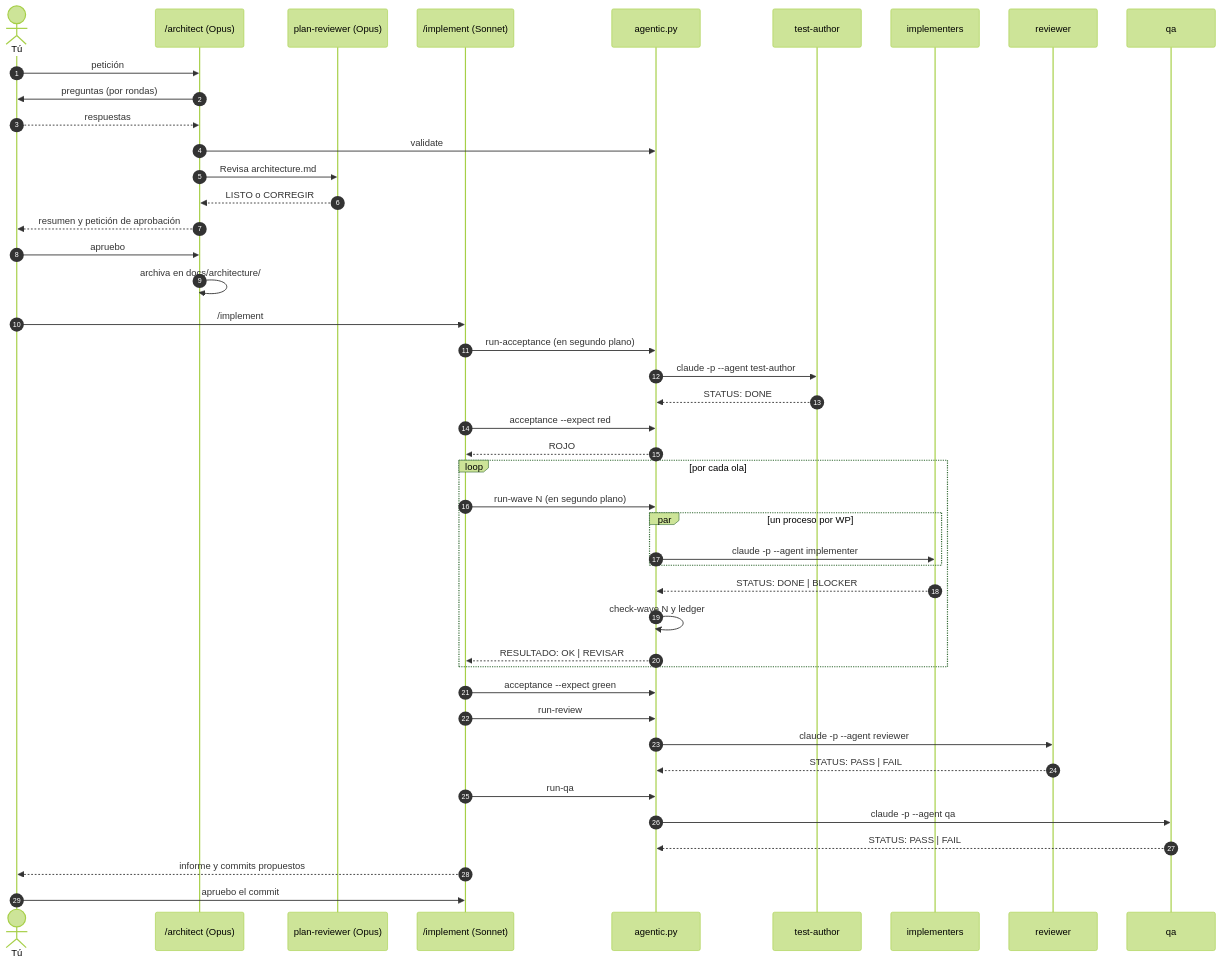
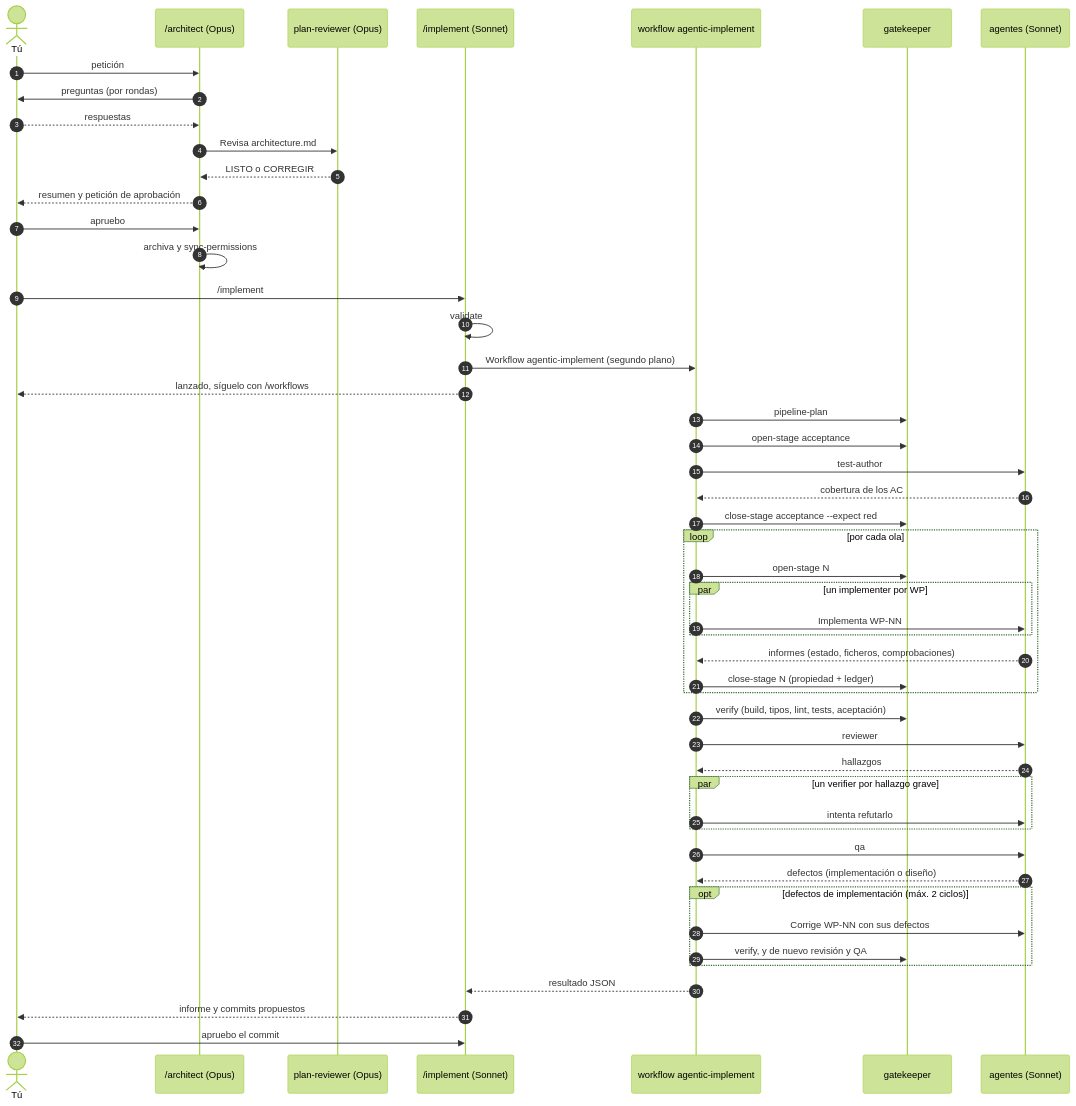
The second of 5 diagrams in docs/how-it-works.md (jagosar/agentic-flow), drawn with Mermaid (forest theme) before and after one commit. The commit also changed other lines of this file and 19 other files, not shown here.

First line of the commit message:
Native workflow /implement; mode A kept as fallback; mode B removed

````diff
--- a/docs/how-it-works.md
+++ b/docs/how-it-works.md
@@ -69,48 +69,53 @@
 ```mermaid
 sequenceDiagram
     autonumber
     actor U as Tú
     participant AR as /architect (Opus)
     participant PR as plan-reviewer (Opus)
     participant O as /implement (Sonnet)
-    participant S as agentic.py
-    participant AT as test-author
-    participant WP as implementers
-    participant RV as reviewer
-    participant QA as qa
+    participant W as workflow agentic-implement
+    participant G as gatekeeper
+    participant AG as agentes (Sonnet)
 
     U->>AR: petición
     AR->>U: preguntas (por rondas)
     U-->>AR: respuestas
-    AR->>S: validate
     AR->>PR: Revisa architecture.md
     PR-->>AR: LISTO o CORREGIR
     AR-->>U: resumen y petición de aprobación
     U->>AR: apruebo
-    AR->>AR: archiva en docs/architecture/
+    AR->>AR: archiva y sync-permissions
 
     U->>O: /implement
-    O->>S: run-acceptance (en segundo plano)
-    S->>AT: claude -p --agent test-author
-    AT-->>S: STATUS: DONE
-    O->>S: acceptance --expect red
-    S-->>O: ROJO
+    O->>O: validate
+    O->>W: Workflow agentic-implement (segundo plano)
+    O-->>U: lanzado, síguelo con /workflows
+    W->>G: pipeline-plan
+    W->>G: open-stage acceptance
+    W->>AG: test-author
+    AG-->>W: cobertura de los AC
+    W->>G: close-stage acceptance --expect red
     loop por cada ola
-        O->>S: run-wave N (en segundo plano)
-        par un proceso por WP
-            S->>WP: claude -p --agent implementer
+        W->>G: open-stage N
+        par un implementer por WP
+            W->>AG: Implementa WP-NN
         end
-        WP-->>S: STATUS: DONE | BLOCKER
-        S->>S: check-wave N y ledger
-        S-->>O: RESULTADO: OK | REVISAR
+        AG-->>W: informes (estado, ficheros, comprobaciones)
+        W->>G: close-stage N (propiedad + ledger)
     end
-    O->>S: acceptance --expect green
-    O->>S: run-review
-    S->>RV: claude -p --agent reviewer
-    RV-->>S: STATUS: PASS | FAIL
-    O->>S: run-qa
-    S->>QA: claude -p --agent qa
-    QA-->>S: STATUS: PASS | FAIL
+    W->>G: verify (build, tipos, lint, tests, aceptación)
+    W->>AG: reviewer
+    AG-->>W: hallazgos
+    par un verifier por hallazgo grave
+        W->>AG: intenta refutarlo
+    end
+    W->>AG: qa
+    AG-->>W: defectos (implementación o diseño)
+    opt defectos de implementación (máx. 2 ciclos)
+        W->>AG: Corrige WP-NN con sus defectos
+        W->>G: verify, y de nuevo revisión y QA
+    end
+    W-->>O: resultado JSON
     O-->>U: informe y commits propuestos
     U->>O: apruebo el commit
 ```
````
